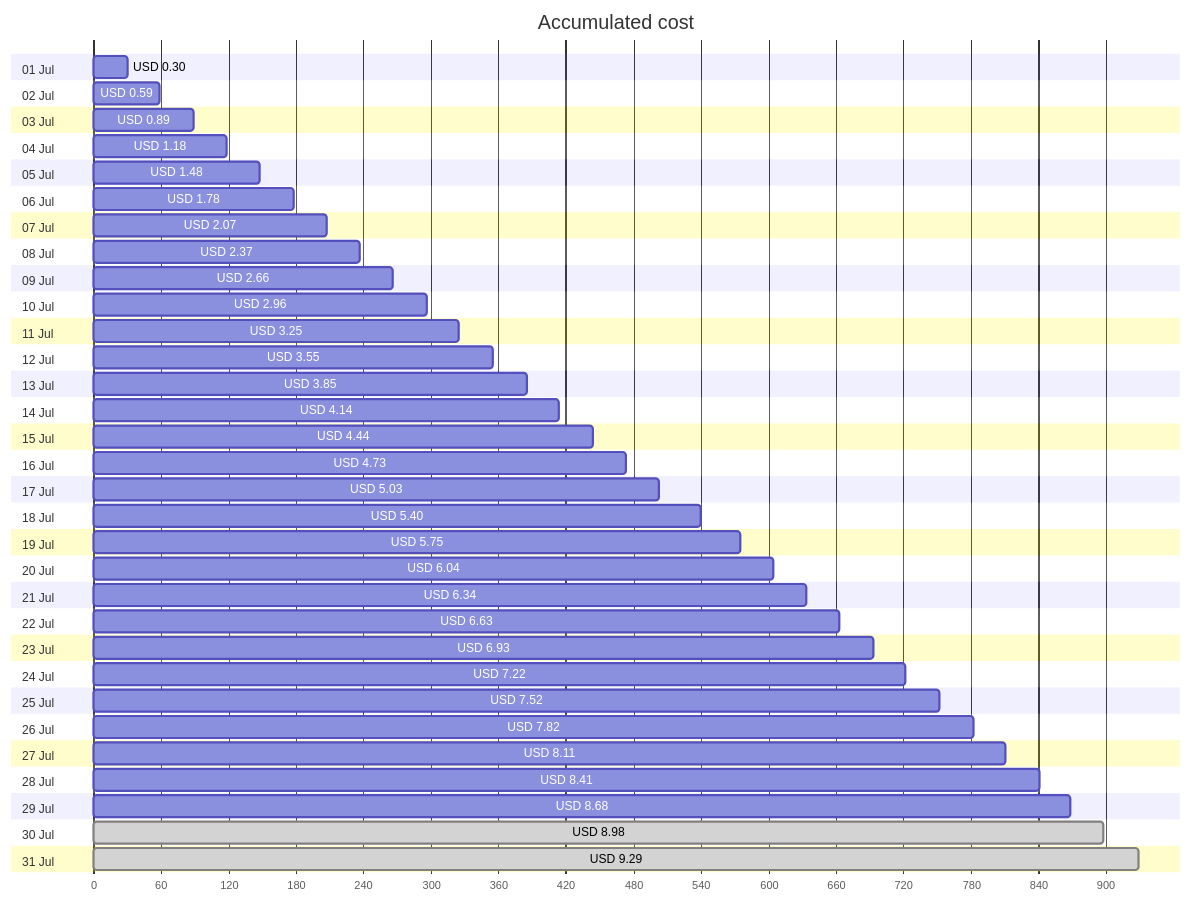
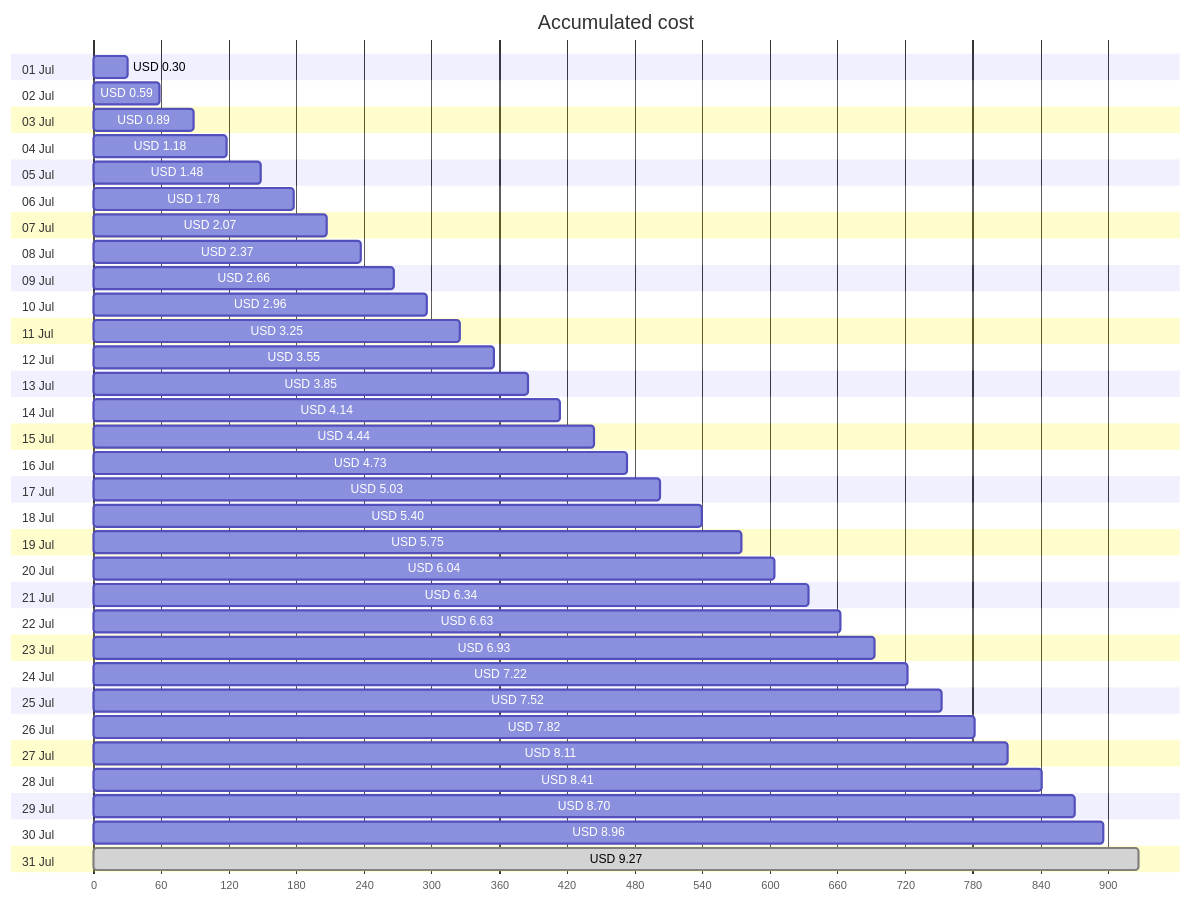
Before and after one commit to jpfulton/azure-personal-reports: the first of 4 diagrams in cost-reports/personal-site/personal-site-preview.md, drawn with Mermaid. The commit also changed other lines of this file and 6 other files, not shown here.

````diff
--- a/cost-reports/personal-site/personal-site-preview.md
+++ b/cost-reports/personal-site/personal-site-preview.md
@@ -20,68 +20,68 @@
 ```mermaid
 gantt
    title Accumulated cost
    dateFormat  X
    axisFormat %s
    section 01 Jul
    USD 0.30 :0, 30
    section 02 Jul
    USD 0.59 :0, 59
    section 03 Jul
    USD 0.89 :0, 89
    section 04 Jul
    USD 1.18 :0, 118
    section 05 Jul
    USD 1.48 :0, 148
    section 06 Jul
    USD 1.78 :0, 178
    section 07 Jul
    USD 2.07 :0, 207
    section 08 Jul
    USD 2.37 :0, 237
    section 09 Jul
    USD 2.66 :0, 266
    section 10 Jul
    USD 2.96 :0, 296
    section 11 Jul
    USD 3.25 :0, 325
    section 12 Jul
    USD 3.55 :0, 355
    section 13 Jul
    USD 3.85 :0, 385
    section 14 Jul
    USD 4.14 :0, 414
    section 15 Jul
    USD 4.44 :0, 444
    section 16 Jul
    USD 4.73 :0, 473
    section 17 Jul
    USD 5.03 :0, 503
    section 18 Jul
    USD 5.40 :0, 540
    section 19 Jul
    USD 5.75 :0, 575
    section 20 Jul
    USD 6.04 :0, 604
    section 21 Jul
    USD 6.34 :0, 634
    section 22 Jul
    USD 6.63 :0, 663
    section 23 Jul
    USD 6.93 :0, 693
    section 24 Jul
    USD 7.22 :0, 722
    section 25 Jul
    USD 7.52 :0, 752
    section 26 Jul
    USD 7.82 :0, 782
    section 27 Jul
    USD 8.11 :0, 811
    section 28 Jul
    USD 8.41 :0, 841
    section 29 Jul
-   USD 8.68 :0, 868
+   USD 8.70 :0, 870
    section 30 Jul
-   USD 8.98 : done, 0, 898
+   USD 8.96 :0, 896
    section 31 Jul
-   USD 9.29 : done, 0, 929
+   USD 9.27 : done, 0, 927
 ```
````
